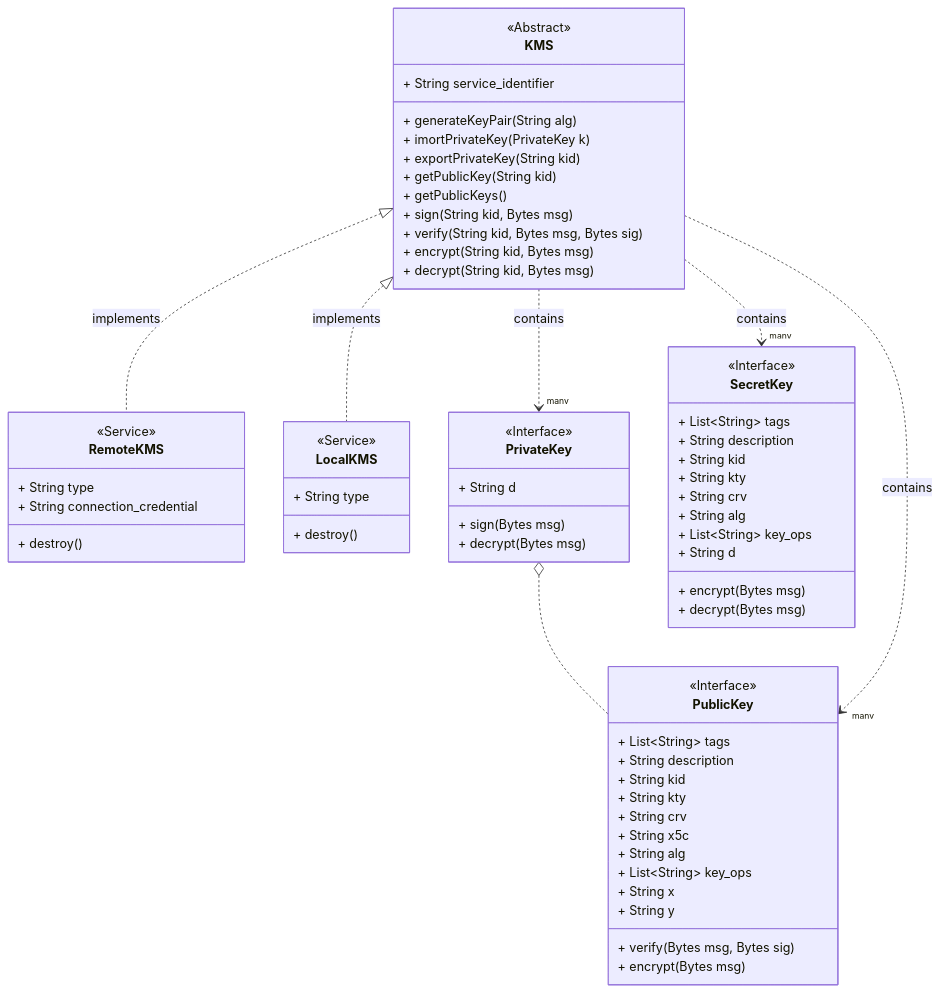
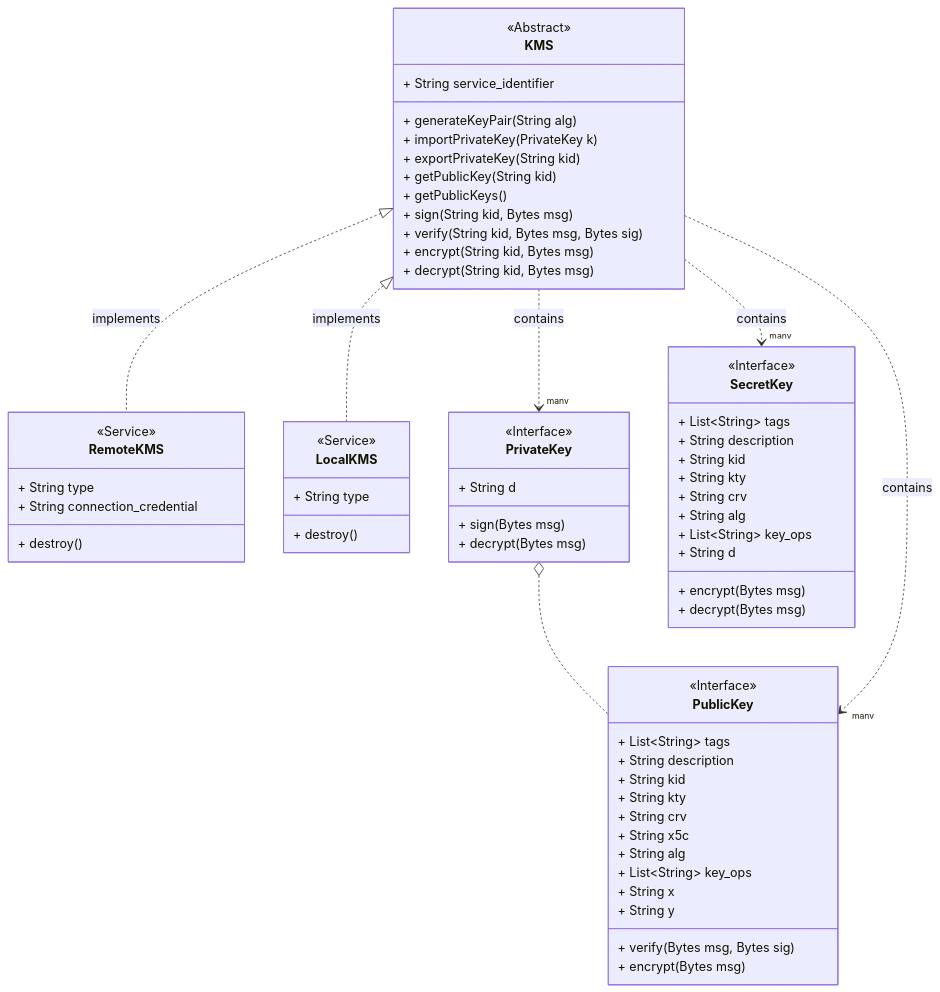
One commit to openwallet-foundation/architecture-sig changed the diagram in docs/key-management-services.md. Above: the diagram before and after it, drawn with Mermaid.

````diff
--- a/docs/key-management-services.md
+++ b/docs/key-management-services.md
@@ -12,67 +12,67 @@
 ```mermaid
 classDiagram
     class KMS{
         <<Abstract>>
         + String service_identifier
         + generateKeyPair(String alg)
-        + imortPrivateKey(PrivateKey k)
+        + importPrivateKey(PrivateKey k)
         + exportPrivateKey(String kid)
         + getPublicKey(String kid)
         + getPublicKeys()
         + sign(String kid, Bytes msg)
         + verify(String kid, Bytes msg, Bytes sig)
         + encrypt(String kid, Bytes msg)
         + decrypt(String kid, Bytes msg)
     }
     class RemoteKMS {
         <<Service>>
         + String type
         + String connection_credential
         + destroy()
     }
     class LocalKMS {
         <<Service>>
         + String type
         + destroy()
     }
     class PublicKey {
         <<Interface>>
         + List~String~ tags
         + String description
         + String kid
         + String kty
         + String crv
         + String x5c
         + String alg
         + List~String~ key_ops
         + String x
         + String y
         + verify(Bytes msg, Bytes sig)
         + encrypt(Bytes msg)
     }
     class PrivateKey {
         <<Interface>>
         + String d
         + sign(Bytes msg)
         + decrypt(Bytes msg)
     }
     class SecretKey {
         <<Interface>>
         + List~String~ tags
         + String description
         + String kid
         + String kty
         + String crv
         + String alg
         + List~String~ key_ops
         + String d
         + encrypt(Bytes msg)
         + decrypt(Bytes msg)
     }
     PrivateKey o.. PublicKey
     KMS  ..> "many" SecretKey : contains
     KMS  ..> "many" PrivateKey : contains
     KMS  ..> "many" PublicKey : contains
     KMS <|.. RemoteKMS : implements
     KMS <|.. LocalKMS : implements
 ```
````
